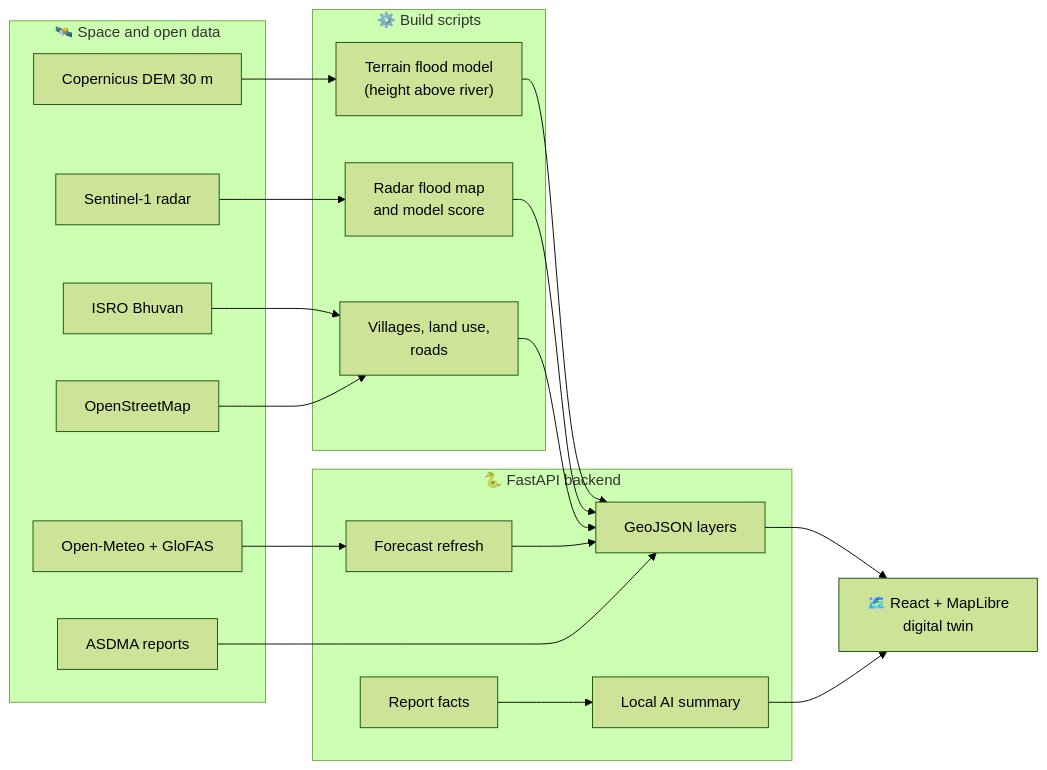
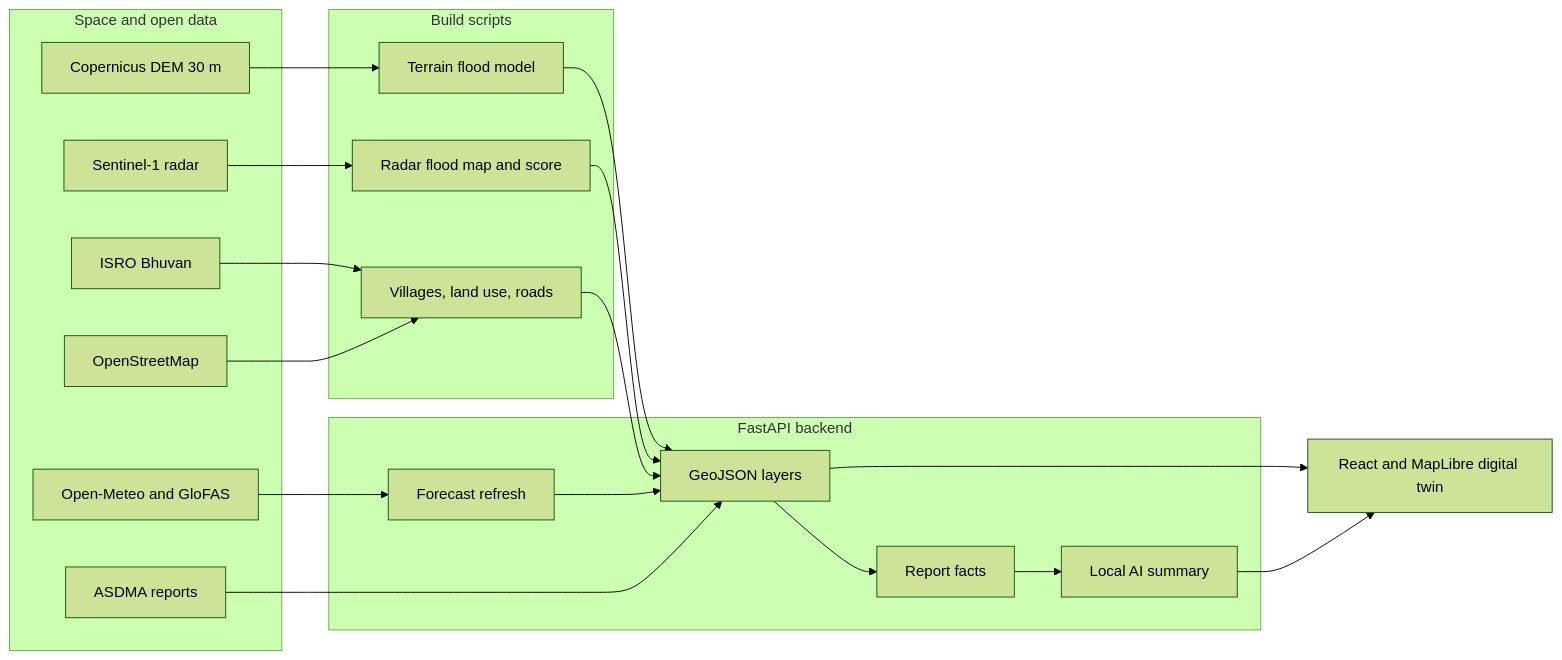
The diagram in README.md (AdritBordoloi/NodiBondhu), drawn with Mermaid (forest theme) before and after one commit.

Commit message:
Simplify the README diagram so GitHub renders it

````diff
--- a/README.md
+++ b/README.md
@@ -106,35 +106,32 @@
 ```mermaid
 flowchart LR
-  subgraph Space["🛰️ Space and open data"]
-    DEM["Copernicus DEM 30 m"]
-    S1["Sentinel-1 radar"]
-    BH["ISRO Bhuvan"]
-    OSM["OpenStreetMap"]
-    OM["Open-Meteo + GloFAS"]
-    AS["ASDMA reports"]
+  subgraph sources [Space and open data]
+    dem[Copernicus DEM 30 m]
+    radar[Sentinel-1 radar]
+    bhuvan[ISRO Bhuvan]
+    osm[OpenStreetMap]
+    meteo[Open-Meteo and GloFAS]
+    asdma[ASDMA reports]
   end
-
-  subgraph Build["⚙️ Build scripts"]
-    HAND["Terrain flood model<br/>(height above river)"]
-    RADAR["Radar flood map<br/>and model score"]
-    REF["Villages, land use,<br/>roads"]
+  subgraph pipeline [Build scripts]
+    terrain[Terrain flood model]
+    radarmap[Radar flood map and score]
+    exposure[Villages, land use, roads]
   end
-
-  subgraph API["🐍 FastAPI backend"]
-    LAYERS["GeoJSON layers"]
-    FC["Forecast refresh"]
-    FACTS["Report facts"]
-    AI["Local AI summary"]
+  subgraph backend [FastAPI backend]
+    layers[GeoJSON layers]
+    refresh[Forecast refresh]
+    facts[Report facts]
+    summary[Local AI summary]
   end
-
-  UI["🗺️ React + MapLibre<br/>digital twin"]
-
-  DEM --> HAND --> LAYERS
-  S1 --> RADAR --> LAYERS
-  BH --> REF --> LAYERS
-  OSM --> REF
-  OM --> FC --> LAYERS
-  AS --> LAYERS
-  LAYERS --> UI
-  FACTS --> AI --> UI
+  app[React and MapLibre digital twin]
+  dem --> terrain --> layers
+  radar --> radarmap --> layers
+  bhuvan --> exposure
+  osm --> exposure
+  exposure --> layers
+  meteo --> refresh --> layers
+  asdma --> layers
+  layers --> app
+  layers --> facts --> summary --> app
 ```
````
